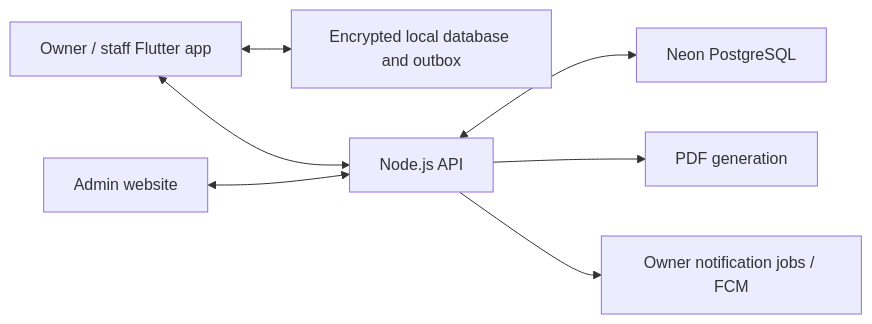
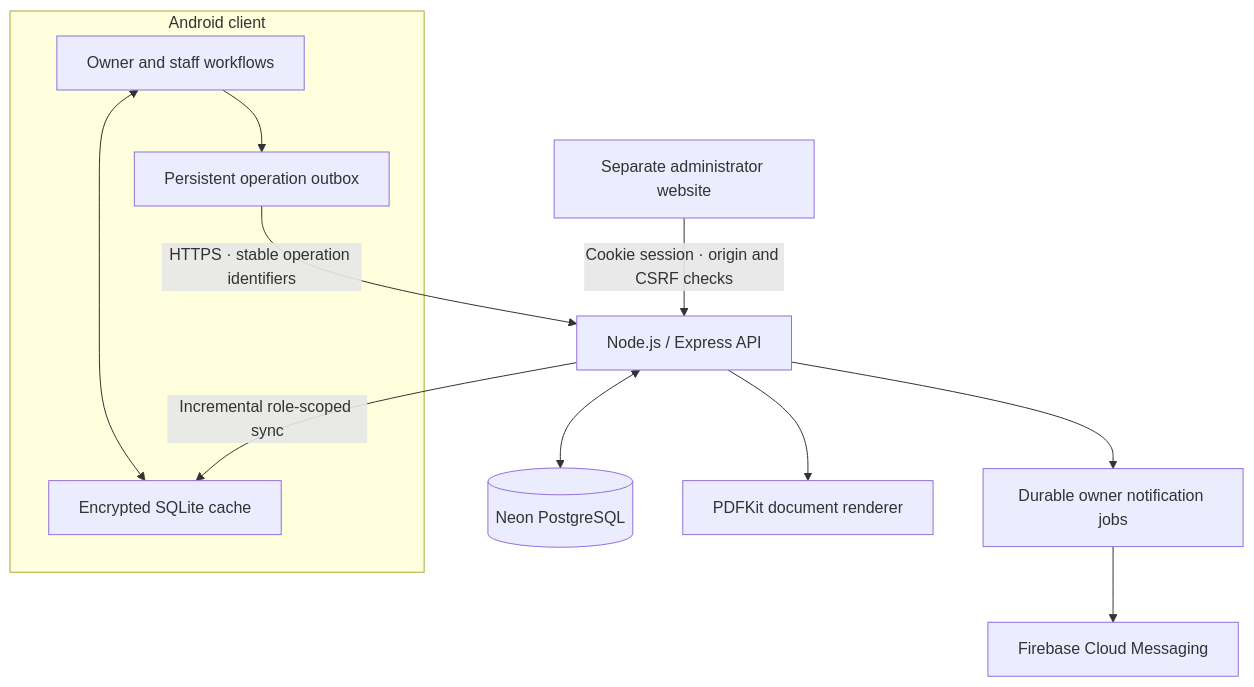
Before and after one commit to Ever-Aman/BillEase-Showcase: the diagram in README.md, drawn with Mermaid. The commit also changed other lines of this file and 4 other files, not shown here.

````diff
--- a/README.md
+++ b/README.md
@@ -33,9 +94,17 @@
 ```mermaid
-flowchart LR
-  Mobile[Owner / staff Flutter app] <--> Local[Encrypted local database and outbox]
-  Mobile <--> API[Node.js API]
-  Admin[Admin website] <--> API
-  API <--> DB[Neon PostgreSQL]
-  API --> PDF[PDF generation]
-  API --> FCM[Owner notification jobs / FCM]
+flowchart TB
+  subgraph Client[Android client]
+    UI[Owner and staff workflows]
+    Local[Encrypted SQLite cache]
+    Queue[Persistent operation outbox]
+    UI <--> Local
+    UI --> Queue
+  end
+  Queue -->|HTTPS · stable operation identifiers| API[Node.js / Express API]
+  API -->|Incremental role-scoped sync| Local
+  Admin[Separate administrator website] -->|Cookie session · origin and CSRF checks| API
+  API <--> DB[(Neon PostgreSQL)]
+  API --> PDF[PDFKit document renderer]
+  API --> Jobs[Durable owner notification jobs]
+  Jobs --> FCM[Firebase Cloud Messaging]
 ```
````
